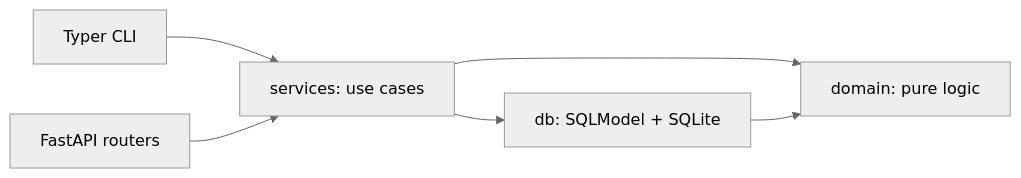
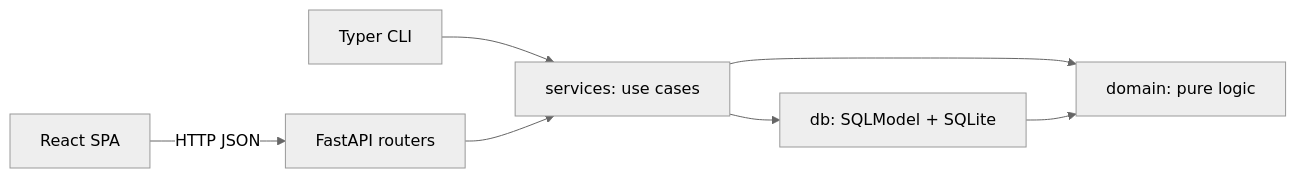
Before and after one commit to gio-white/atlas: the second of 2 diagrams in docs/architecture.md, drawn with Mermaid (neutral theme). The commit also changed other lines of this file and 69 other files, not shown here.

````diff
--- a/docs/architecture.md
+++ b/docs/architecture.md
@@ -162,8 +162,9 @@
 ```mermaid
 flowchart LR
+  SPA[React SPA] -->|HTTP JSON| API[FastAPI routers]
   CLI[Typer CLI] --> Services[services: use cases]
-  API[FastAPI routers] --> Services
+  API --> Services
   Services --> Domain[domain: pure logic]
   Services --> DB[db: SQLModel + SQLite]
   DB --> Domain
 ```
````
